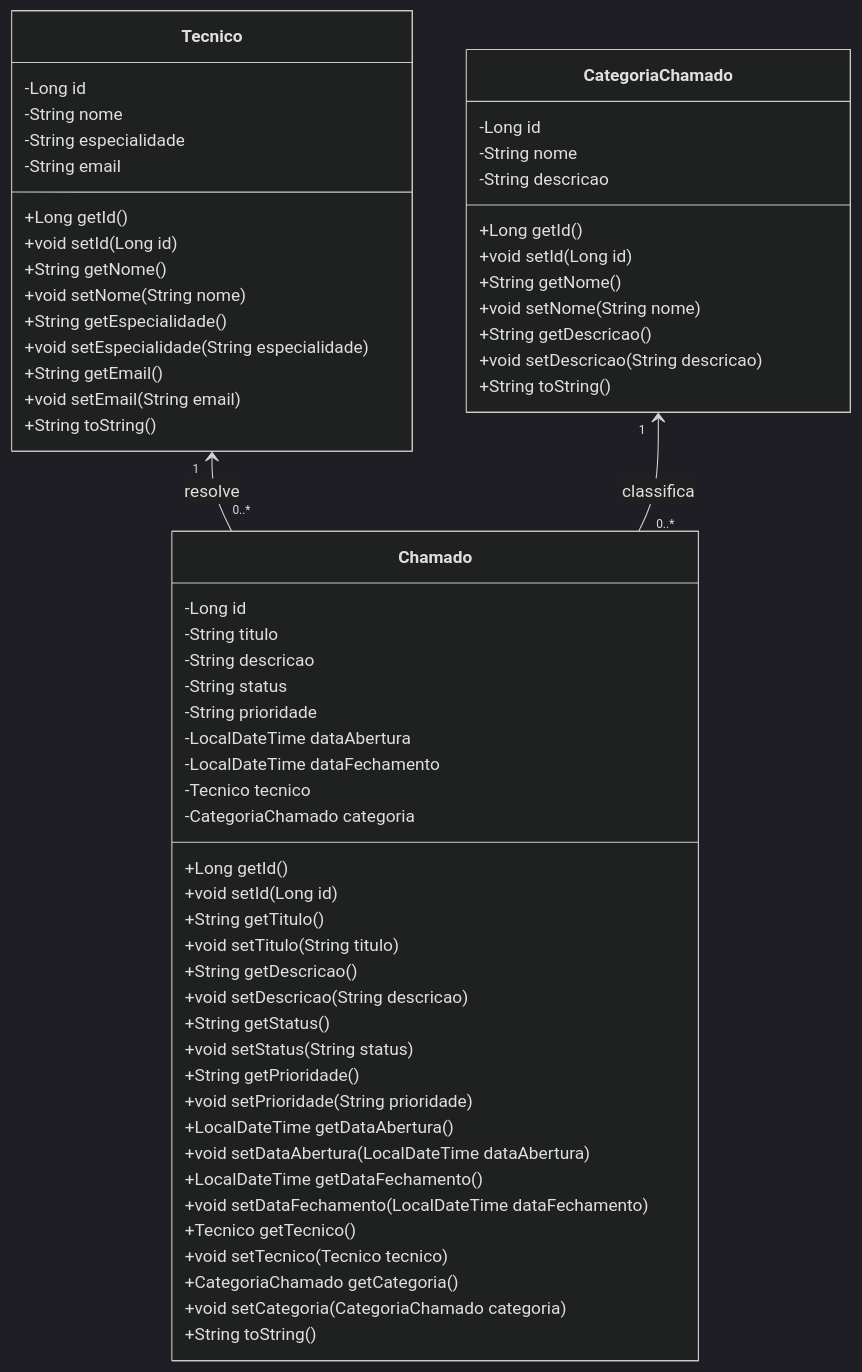
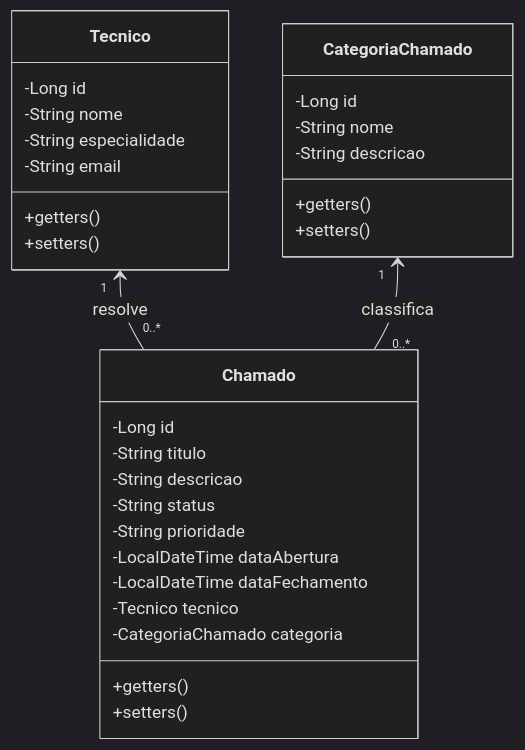
The diagram in exercicios/exercicio-016/versao-001/README.md (heltonricardo/enunciados-exercicios-java), drawn with Mermaid (dark theme) before and after one commit.

````diff
--- a/exercicios/exercicio-016/versao-001/README.md
+++ b/exercicios/exercicio-016/versao-001/README.md
@@ -25,66 +25,37 @@
 ```mermaid
 classDiagram
 
 class Tecnico {
   -Long id
   -String nome
   -String especialidade
   -String email
-  +Long getId()
-  +void setId(Long id)
-  +String getNome()
-  +void setNome(String nome)
-  +String getEspecialidade()
-  +void setEspecialidade(String especialidade)
-  +String getEmail()
-  +void setEmail(String email)
-  +String toString()
+  +getters()
+  +setters()
 }
 
 class CategoriaChamado {
   -Long id
   -String nome
   -String descricao
-  +Long getId()
-  +void setId(Long id)
-  +String getNome()
-  +void setNome(String nome)
-  +String getDescricao()
-  +void setDescricao(String descricao)
-  +String toString()
+  +getters()
+  +setters()
 }
 
 class Chamado {
   -Long id
   -String titulo
   -String descricao
   -String status
   -String prioridade
   -LocalDateTime dataAbertura
   -LocalDateTime dataFechamento
   -Tecnico tecnico
   -CategoriaChamado categoria
-  +Long getId()
-  +void setId(Long id)
-  +String getTitulo()
-  +void setTitulo(String titulo)
-  +String getDescricao()
-  +void setDescricao(String descricao)
-  +String getStatus()
-  +void setStatus(String status)
-  +String getPrioridade()
-  +void setPrioridade(String prioridade)
-  +LocalDateTime getDataAbertura()
-  +void setDataAbertura(LocalDateTime dataAbertura)
-  +LocalDateTime getDataFechamento()
-  +void setDataFechamento(LocalDateTime dataFechamento)
-  +Tecnico getTecnico()
-  +void setTecnico(Tecnico tecnico)
-  +CategoriaChamado getCategoria()
-  +void setCategoria(CategoriaChamado categoria)
-  +String toString()
+  +getters()
+  +setters()
 }
 
 Tecnico "1" <-- "0..*" Chamado : resolve
 CategoriaChamado "1" <-- "0..*" Chamado : classifica
 ```
````
